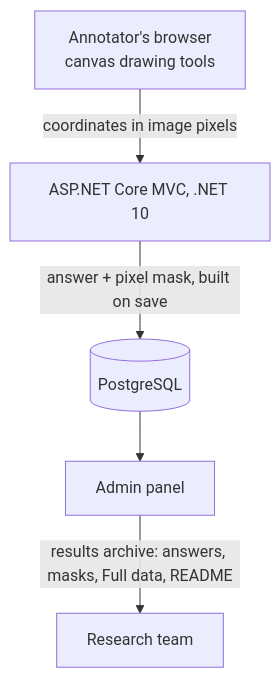
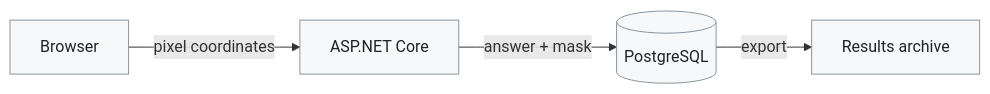
The diagram in README.md (ArkhunAbdullazade/CliniMark), drawn with Mermaid before and after one commit.

Commit message:
Make the architecture diagram a compact single row

````diff
--- a/README.md
+++ b/README.md
@@ -209,7 +209,8 @@
 ```mermaid
-flowchart TB
-    A["Annotator's browser<br/>canvas drawing tools"] -- "coordinates in image pixels" --> B["ASP.NET Core MVC, .NET 10"]
-    B -- "answer + pixel mask, built on save" --> C[("PostgreSQL")]
-    C --> D["Admin panel"]
-    D -- "results archive: answers, masks, Full data, README" --> E["Research team"]
+flowchart LR
+    A["Browser"] -- "pixel coordinates" --> B["ASP.NET Core"]
+    B -- "answer + mask" --> C[("PostgreSQL")]
+    C -- "export" --> D["Results archive"]
+    classDef box fill:#f6f8fa,stroke:#8c959f,color:#1f2328
+    class A,B,C,D box
 ```
````
